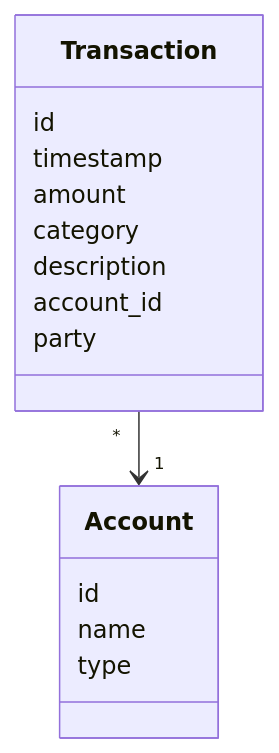
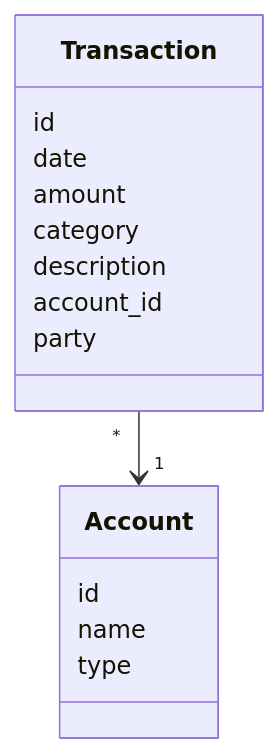
Before and after one commit to rikurauhala/yesan: the second of 2 diagrams in documentation/architecture.md, drawn with Mermaid.

Commit message:
Rename timestamp to date in documentation as well

````diff
--- a/documentation/architecture.md
+++ b/documentation/architecture.md
@@ -31,18 +31,18 @@
 ```mermaid
 classDiagram
     Transaction "*" --> "1" Account
     class Account {
         id
         name
         type
     }
     class Transaction {
         id
-        timestamp
+        date
         amount
         category
         description
         account_id
         party
     }
 ```
````
